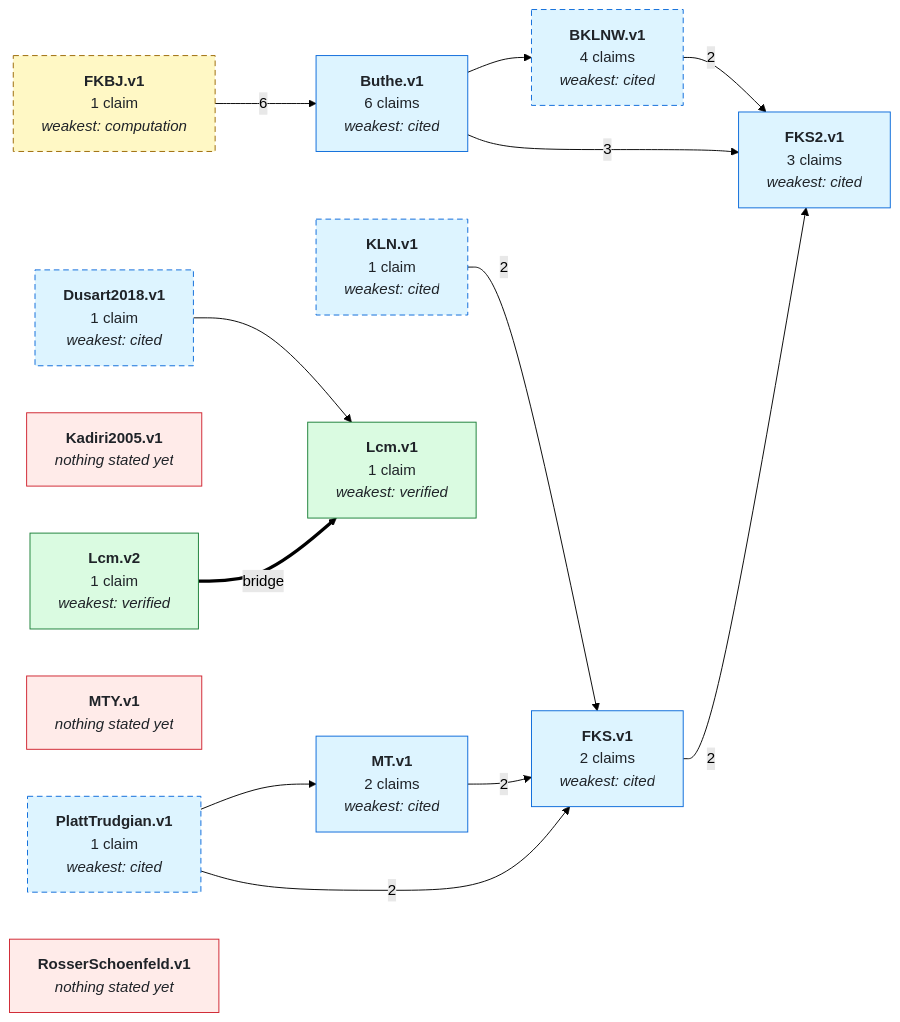
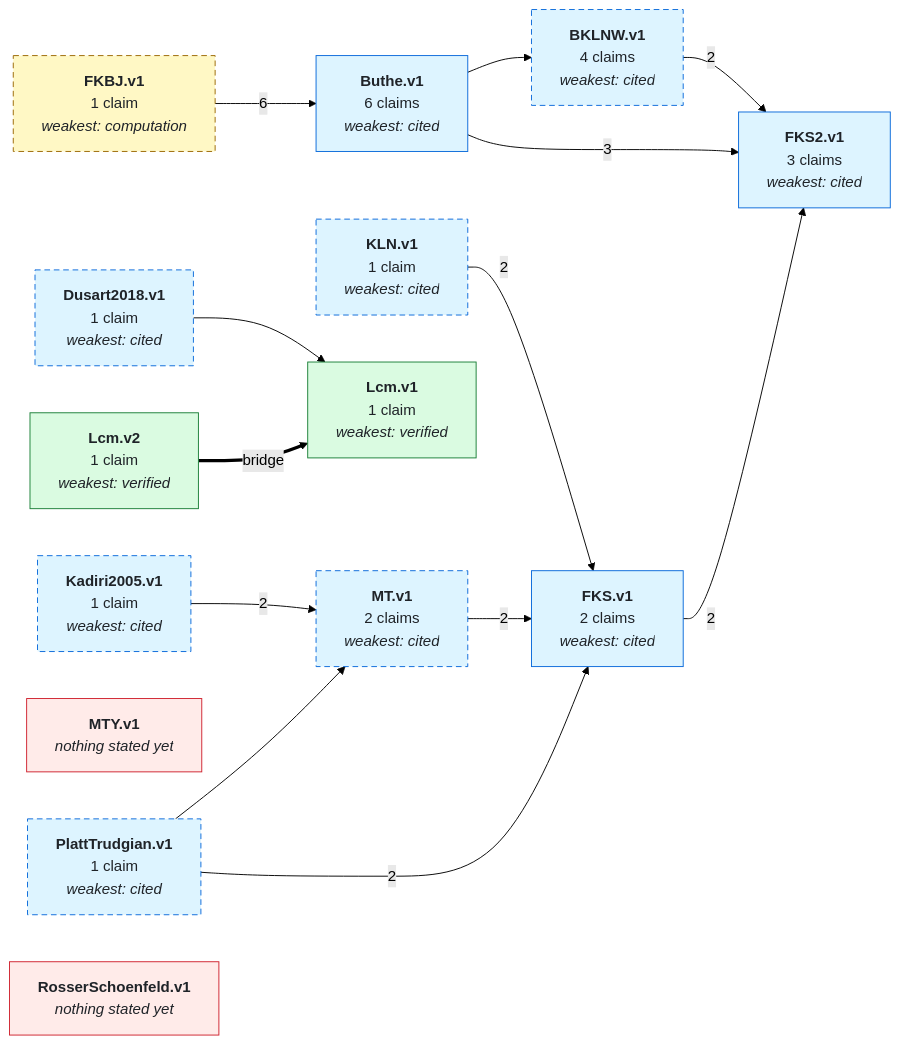
One commit to teorth/IEANTN changed the first of 2 diagrams in GRAPH.md. Above: the diagram before and after it, drawn with Mermaid (forest theme). The commit also changed other lines of this file and 9 other files, not shown here.

````diff
--- a/GRAPH.md
+++ b/GRAPH.md
@@ -36,43 +36,46 @@
 ```mermaid
 graph LR
   NBKLNW_v1["<b>BKLNW.v1</b><br/>4 claims<br/><i>weakest: cited</i>"]
   NButhe_v1["<b>Buthe.v1</b><br/>6 claims<br/><i>weakest: cited</i>"]
   NDusart2018_v1["<b>Dusart2018.v1</b><br/>1 claim<br/><i>weakest: cited</i>"]
   NFKBJ_v1["<b>FKBJ.v1</b><br/>1 claim<br/><i>weakest: computation</i>"]
   NFKS_v1["<b>FKS.v1</b><br/>2 claims<br/><i>weakest: cited</i>"]
   NFKS2_v1["<b>FKS2.v1</b><br/>3 claims<br/><i>weakest: cited</i>"]
   NKLN_v1["<b>KLN.v1</b><br/>1 claim<br/><i>weakest: cited</i>"]
-  NKadiri2005_v1["<b>Kadiri2005.v1</b><br/><i>nothing stated yet</i>"]
+  NKadiri2005_v1["<b>Kadiri2005.v1</b><br/>1 claim<br/><i>weakest: cited</i>"]
   NLcm_v1["<b>Lcm.v1</b><br/>1 claim<br/><i>weakest: verified</i>"]
   NLcm_v2["<b>Lcm.v2</b><br/>1 claim<br/><i>weakest: verified</i>"]
   NMT_v1["<b>MT.v1</b><br/>2 claims<br/><i>weakest: cited</i>"]
   NMTY_v1["<b>MTY.v1</b><br/><i>nothing stated yet</i>"]
   NPlattTrudgian_v1["<b>PlattTrudgian.v1</b><br/>1 claim<br/><i>weakest: cited</i>"]
   NRosserSchoenfeld_v1["<b>RosserSchoenfeld.v1</b><br/><i>nothing stated yet</i>"]
   NBKLNW_v1 -->|2| NFKS2_v1
   NButhe_v1 --> NBKLNW_v1
   NButhe_v1 -->|3| NFKS2_v1
   NDusart2018_v1 --> NLcm_v1
   NFKBJ_v1 -->|6| NButhe_v1
   NFKS_v1 -->|2| NFKS2_v1
   NKLN_v1 -->|2| NFKS_v1
+  NKadiri2005_v1 -->|2| NMT_v1
   NMT_v1 -->|2| NFKS_v1
   NPlattTrudgian_v1 -->|2| NFKS_v1
   NPlattTrudgian_v1 --> NMT_v1
   NLcm_v2 ==>|bridge| NLcm_v1
   style NBKLNW_v1 stroke-dasharray: 6 4;
   style NDusart2018_v1 stroke-dasharray: 6 4;
   style NFKBJ_v1 stroke-dasharray: 6 4;
   style NKLN_v1 stroke-dasharray: 6 4;
+  style NKadiri2005_v1 stroke-dasharray: 6 4;
+  style NMT_v1 stroke-dasharray: 6 4;
   style NPlattTrudgian_v1 stroke-dasharray: 6 4;
-  class NKadiri2005_v1,NMTY_v1,NRosserSchoenfeld_v1 none_yet;
-  class NBKLNW_v1,NButhe_v1,NDusart2018_v1,NFKS_v1,NFKS2_v1,NKLN_v1,NMT_v1,NPlattTrudgian_v1 literature;
+  class NMTY_v1,NRosserSchoenfeld_v1 none_yet;
+  class NBKLNW_v1,NButhe_v1,NDusart2018_v1,NFKS_v1,NFKS2_v1,NKLN_v1,NKadiri2005_v1,NMT_v1,NPlattTrudgian_v1 literature;
   class NFKBJ_v1 numerical;
   class NLcm_v1,NLcm_v2 lean_comparator;
   classDef lean_comparator fill:#dafbe1,stroke:#1a7f37,color:#1f2328;
   classDef numerical fill:#fff8c5,stroke:#9a6700,color:#1f2328;
   classDef literature fill:#ddf4ff,stroke:#0969da,color:#1f2328;
   classDef asserted fill:#fff1e5,stroke:#bc4c00,color:#1f2328;
   classDef bridged fill:#fbefff,stroke:#8250df,color:#1f2328;
   classDef none_yet fill:#ffebe9,stroke:#cf222e,color:#1f2328;
 ```
````
